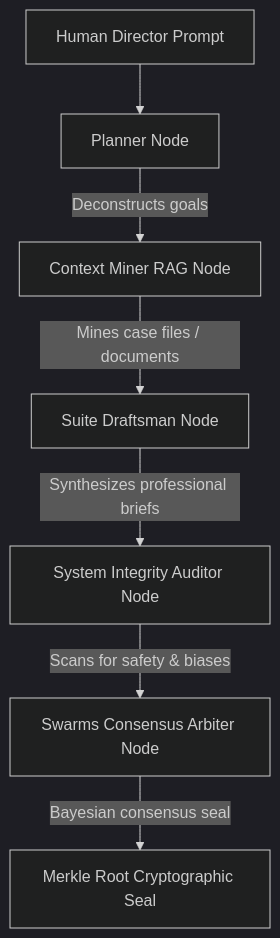
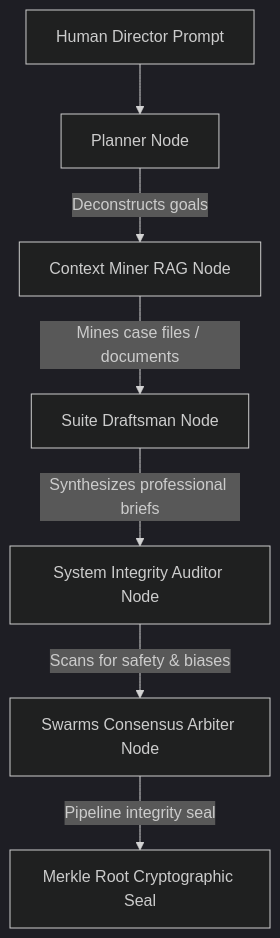
The diagram in Whitepaper.md (DannyB-bit/PodJobs), drawn with Mermaid (dark theme) before and after one commit. The commit also changed other lines of this file and 40 other files, not shown here.

````diff
--- a/Whitepaper.md
+++ b/Whitepaper.md
@@ -65,9 +65,9 @@
 ```mermaid
 graph TD
     A[Human Director Prompt] --> B[Planner Node]
     B -->|Deconstructs goals| C[Context Miner RAG Node]
     C -->|Mines case files / documents| D[Suite Draftsman Node]
     D -->|Synthesizes professional briefs| E[System Integrity Auditor Node]
     E -->|Scans for safety & biases| F[Swarms Consensus Arbiter Node]
-    F -->|Bayesian consensus seal| G[Merkle Root Cryptographic Seal]
+    F -->|Pipeline integrity seal| G[Merkle Root Cryptographic Seal]
 ```
````
